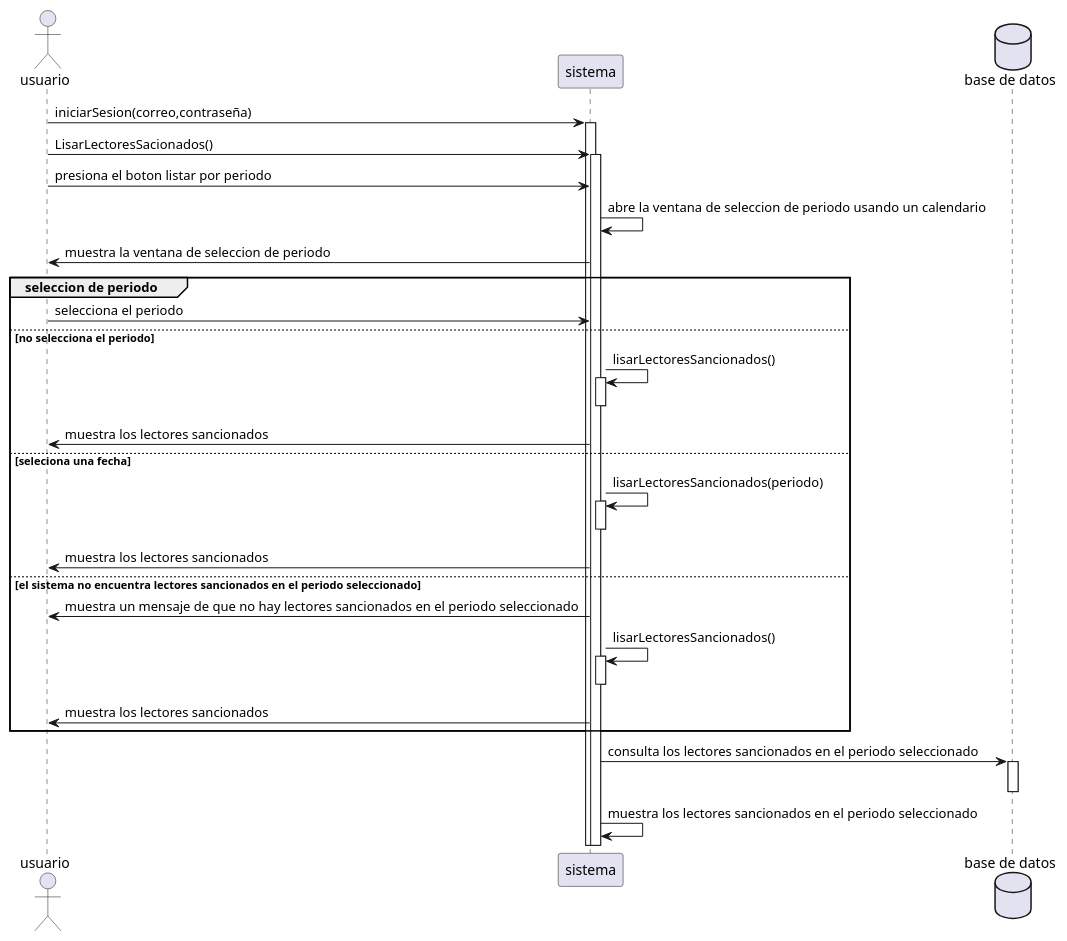
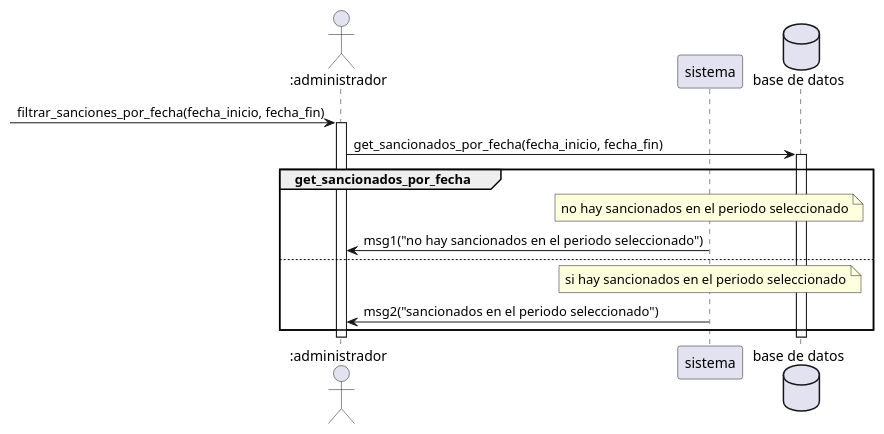
One commit to RubenE107/diagramas-de-dise-o-uml changed the diagram in Interacion3/Filtrar sanciones por fecha.puml. Above: the diagram before and after it, drawn with PlantUML. The commit also changed 13 other files, not shown here.

```diff
--- a/Interacion3/Filtrar sanciones por fecha.puml
+++ b/Interacion3/Filtrar sanciones por fecha.puml
@@ -1,39 +1,55 @@
 @startuml
-actor "usuario" as u
+actor ":administrador" as u
 participant "sistema" as s
 database "base de datos" as db
+->u:filtrar_sanciones_por_fecha(fecha_inicio, fecha_fin)
+activate u
+u->db:get_sancionados_por_fecha(fecha_inicio, fecha_fin)
+activate db
+group get_sancionados_por_fecha
+note over s:no hay sancionados en el periodo seleccionado
 
-u -> s:iniciarSesion(correo,contraseña)
-activate s
-u -> s:LisarLectoresSacionados()
-activate s
-u -> s:presiona el boton listar por periodo
-s -> s: abre la ventana de seleccion de periodo usando un calendario
-s ->u: muestra la ventana de seleccion de periodo
-group seleccion de periodo
-u -> s: selecciona el periodo
-else no selecciona el periodo
-s->s:lisarLectoresSancionados()
-activate s
-deactivate s
-s->u:muestra los lectores sancionados
-else seleciona una fecha
-s->s:lisarLectoresSancionados(periodo)
-activate s
-deactivate s
-s->u:muestra los lectores sancionados
-else el sistema no encuentra lectores sancionados en el periodo seleccionado
-s->u:muestra un mensaje de que no hay lectores sancionados en el periodo seleccionado
-s->s:lisarLectoresSancionados()
-activate s
-deactivate s
-s->u:muestra los lectores sancionados
+    s->u:msg1("no hay sancionados en el periodo seleccionado")
+else
+    note over s:si hay sancionados en el periodo seleccionado
 
-end  
-s -> db: consulta los lectores sancionados en el periodo seleccionado
-activate db
+    s->u:msg2("sancionados en el periodo seleccionado")
+
+end
 deactivate db
-s -> s: muestra los lectores sancionados en el periodo seleccionado
+deactivate u
+
+' u -> s:iniciarSesion(correo,contraseña)
+' activate s
+' u -> s:LisarLectoresSacionados()
+' activate s
+' u -> s:presiona el boton listar por periodo
+' s -> s: abre la ventana de seleccion de periodo usando un calendario
+' s ->u: muestra la ventana de seleccion de periodo
+' group seleccion de periodo
+' u -> s: selecciona el periodo
+' else no selecciona el periodo
+' s->s:lisarLectoresSancionados()
+' activate s
+' deactivate s
+' s->u:muestra los lectores sancionados
+' else seleciona una fecha
+' s->s:lisarLectoresSancionados(periodo)
+' activate s
+' deactivate s
+' s->u:muestra los lectores sancionados
+' else el sistema no encuentra lectores sancionados en el periodo seleccionado
+' s->u:muestra un mensaje de que no hay lectores sancionados en el periodo seleccionado
+' s->s:lisarLectoresSancionados()
+' activate s
+' deactivate s
+' s->u:muestra los lectores sancionados
+
+' end  
+' s -> db: consulta los lectores sancionados en el periodo seleccionado
+' activate db
+' deactivate db
+' s -> s: muestra los lectores sancionados en el periodo seleccionado
 
 
 @enduml
```
